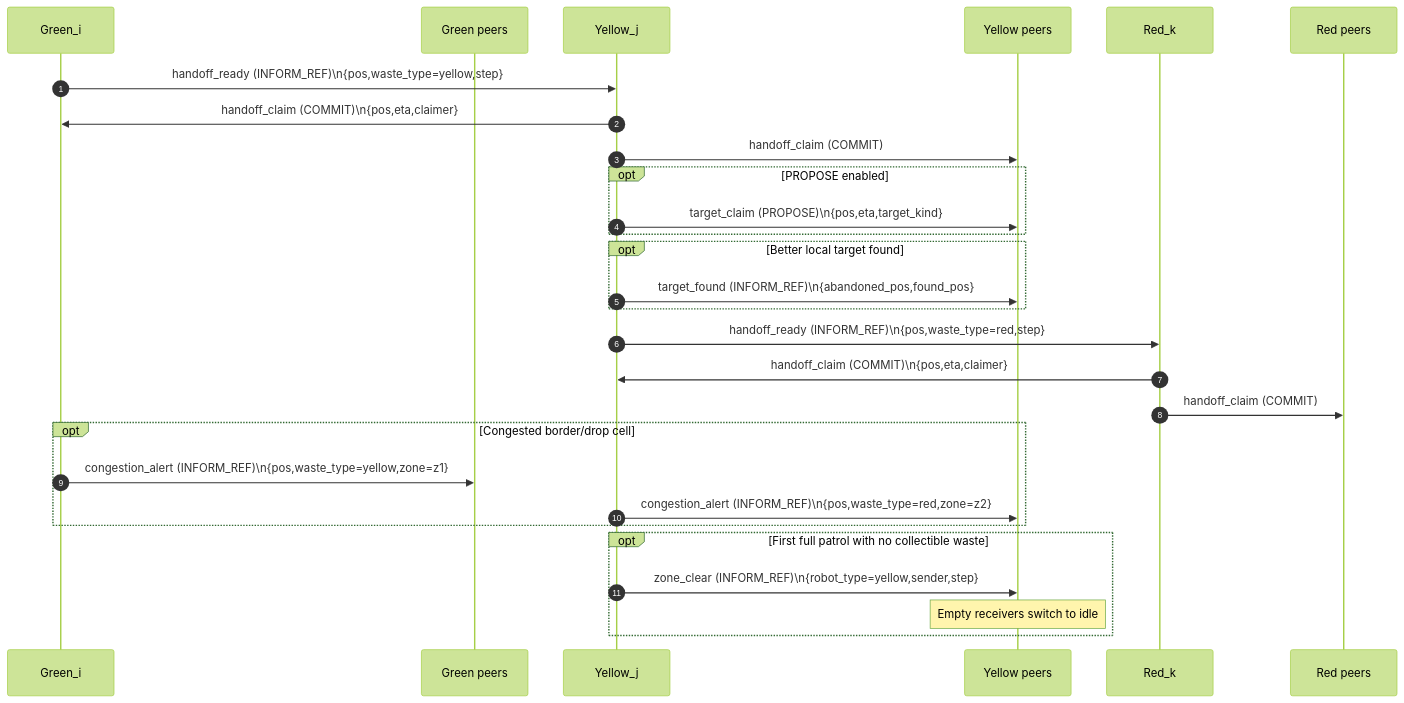
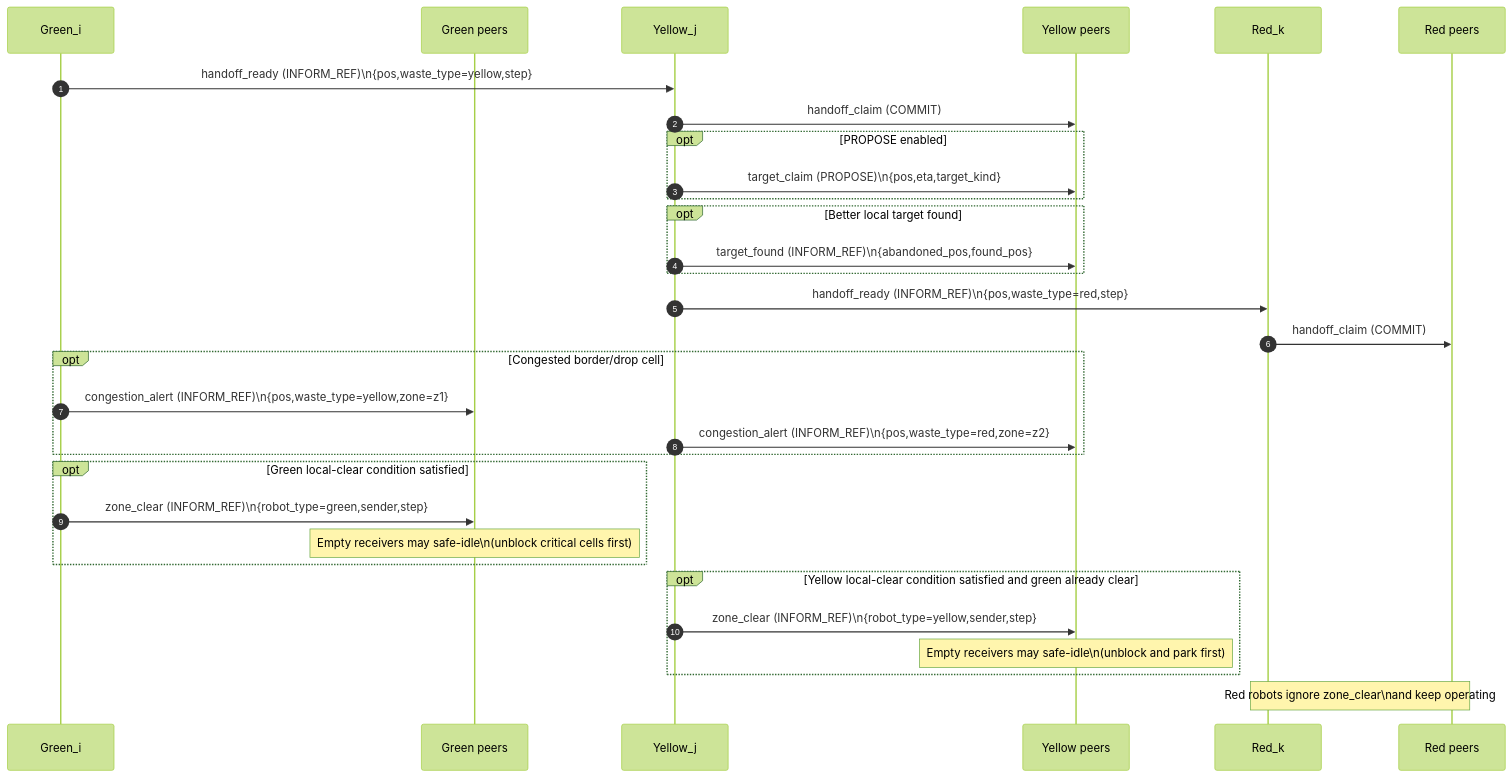
Before and after one commit to gabriel31777/Multi-Agent-System: the diagram in README.md, drawn with Mermaid (forest theme). The commit also changed other lines of this file, not shown here.

````diff
--- a/README.md
+++ b/README.md
@@ -182,36 +192,41 @@
 ```mermaid
 sequenceDiagram
     autonumber
     participant G as Green_i
     participant Gp as Green peers
     participant Y as Yellow_j
     participant Yp as Yellow peers
     participant R as Red_k
     participant Rp as Red peers
 
     G->>Y: handoff_ready (INFORM_REF)\n{pos,waste_type=yellow,step}
-    Y->>G: handoff_claim (COMMIT)\n{pos,eta,claimer}
     Y->>Yp: handoff_claim (COMMIT)
 
     opt PROPOSE enabled
         Y->>Yp: target_claim (PROPOSE)\n{pos,eta,target_kind}
     end
 
     opt Better local target found
         Y->>Yp: target_found (INFORM_REF)\n{abandoned_pos,found_pos}
     end
 
     Y->>R: handoff_ready (INFORM_REF)\n{pos,waste_type=red,step}
-    R->>Y: handoff_claim (COMMIT)\n{pos,eta,claimer}
     R->>Rp: handoff_claim (COMMIT)
 
     opt Congested border/drop cell
         G->>Gp: congestion_alert (INFORM_REF)\n{pos,waste_type=yellow,zone=z1}
         Y->>Yp: congestion_alert (INFORM_REF)\n{pos,waste_type=red,zone=z2}
     end
 
-    opt First full patrol with no collectible waste
+    opt Green local-clear condition satisfied
+        G->>Gp: zone_clear (INFORM_REF)\n{robot_type=green,sender,step}
+        note over Gp: Empty receivers may safe-idle\n(unblock critical cells first)
+    end
+
+    opt Yellow local-clear condition satisfied and green already clear
         Y->>Yp: zone_clear (INFORM_REF)\n{robot_type=yellow,sender,step}
-        note over Yp: Empty receivers switch to idle
+        note over Yp: Empty receivers may safe-idle\n(unblock and park first)
     end
+
+    note over R,Rp: Red robots ignore zone_clear\nand keep operating
 ```
````
